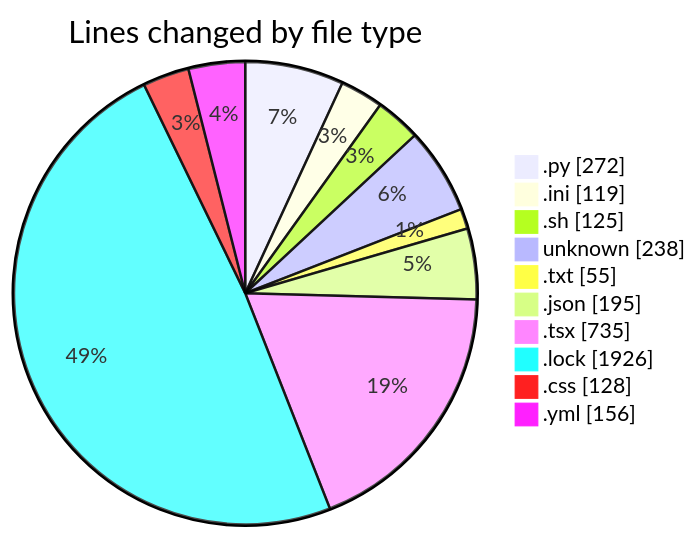
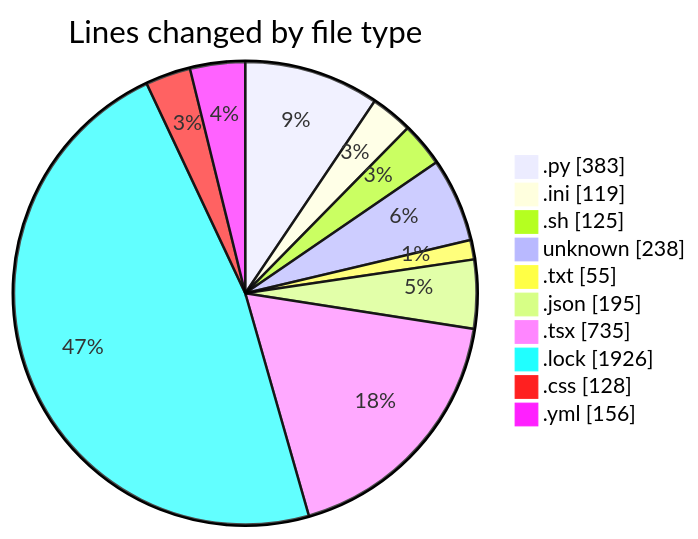
The first of 2 diagrams in 2025-05-12/niten/README.md (Elitesun/code-tracking), drawn with Mermaid before and after one commit. The commit also changed other lines of this file and 1 other file, not shown here.

````diff
--- a/2025-05-12/niten/README.md
+++ b/2025-05-12/niten/README.md
@@ -36,14 +37,14 @@
 ```mermaid
 pie showData
 title Lines changed by file type
-".py" : 272
+".py" : 383
 ".ini" : 119
 ".sh" : 125
 "unknown" : 238
 ".txt" : 55
 ".json" : 195
 ".tsx" : 735
 ".lock" : 1926
 ".css" : 128
 ".yml" : 156
 ```
````
